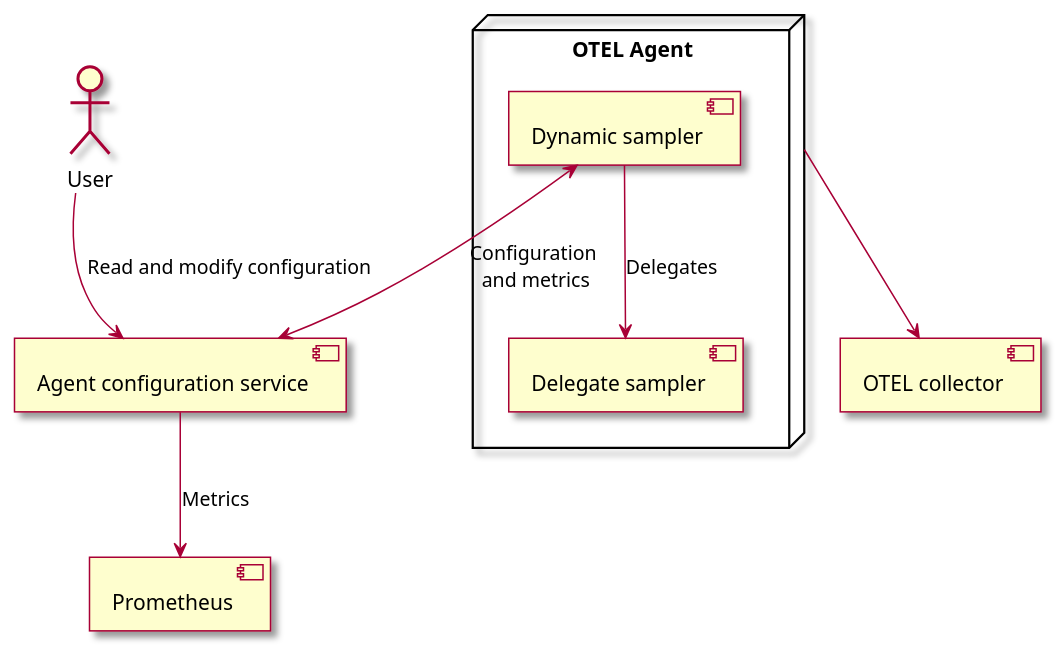
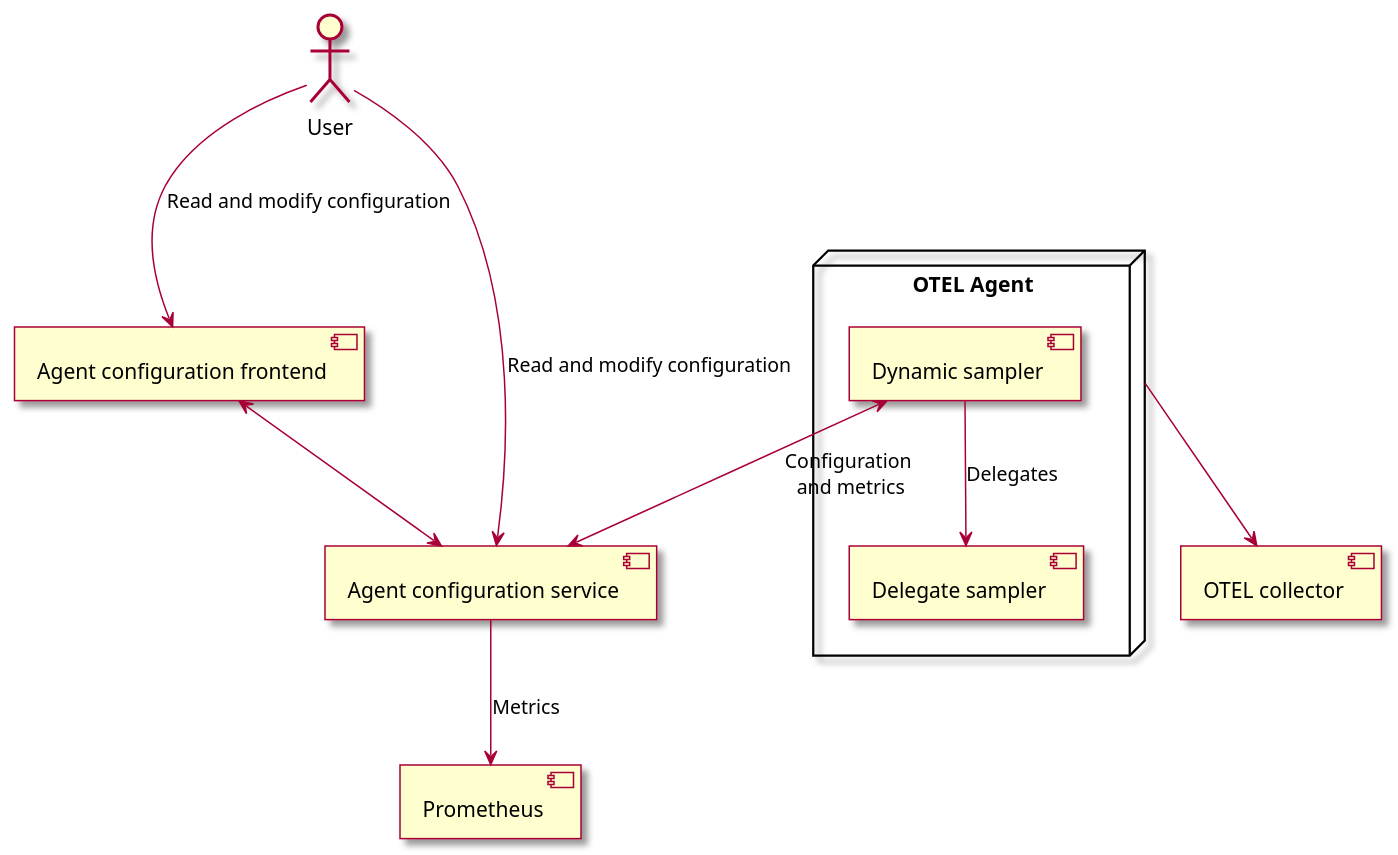
One commit to domstolene/da-otel-agent changed the diagram in system.puml. Above: the diagram before and after it, drawn with PlantUML. The commit also changed 1 other file, not shown here.

Commit message:
Update documentation with new figure

```diff
--- a/system.puml
+++ b/system.puml
@@ -1,18 +1,21 @@
 @startuml
 skin rose
 
 actor user as "User"
+component frontend as "Agent configuration frontend"
 component service as "Agent configuration service"
 component prometheus as "Prometheus"
 component collector as "OTEL collector"
 node agent as  "OTEL Agent" {
  component dynamic as "Dynamic sampler"
  component delegate as "Delegate sampler"
  dynamic --> delegate: Delegates
 }
 
+frontend <--> service
 dynamic <--> service : Configuration\n and metrics
 service --> prometheus : Metrics
 agent --> collector
 user --> service : Read and modify configuration
+user --> frontend : Read and modify configuration
 @enduml
```
